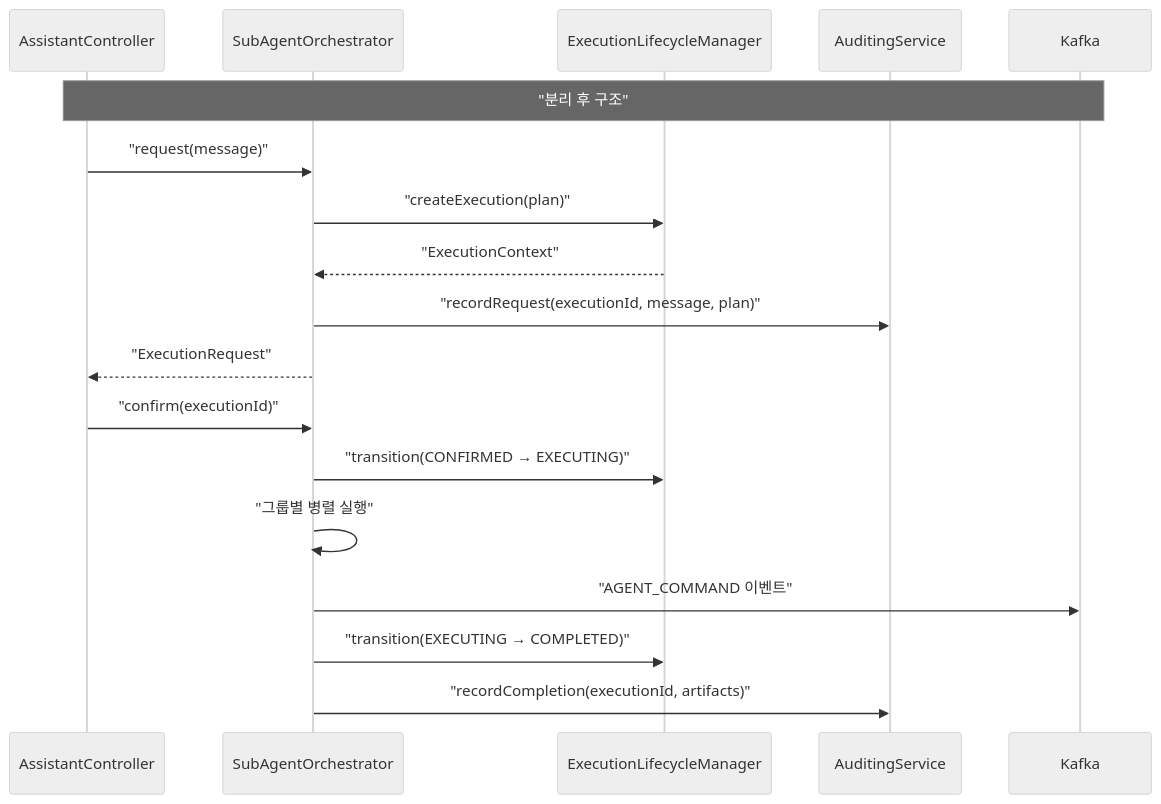
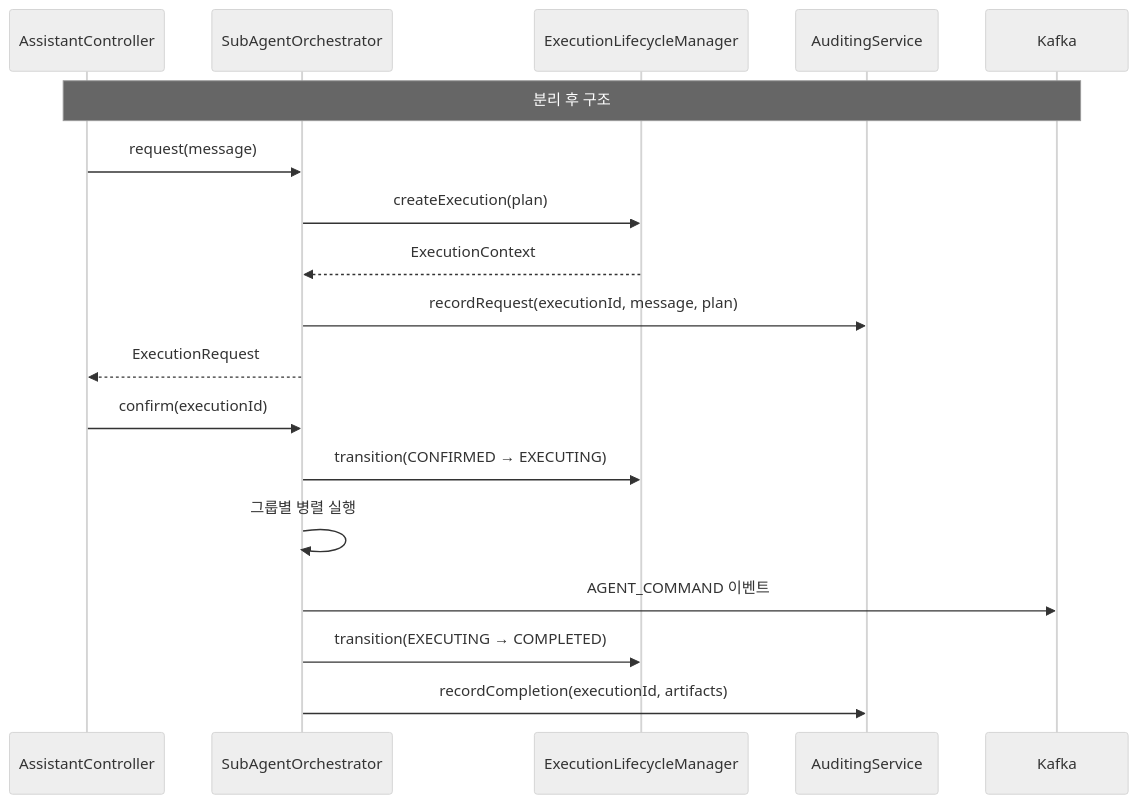
Before and after one commit to sayaya1090/handbook: the seventh of 13 diagrams in assistant/USECASE.md, drawn with Mermaid (neutral theme). The commit also changed other lines of this file and 58 other files, not shown here.

````diff
--- a/assistant/USECASE.md
+++ b/assistant/USECASE.md
@@ -243,22 +243,22 @@
 ```mermaid
 sequenceDiagram
     participant Ctrl as AssistantController
     participant Orch as SubAgentOrchestrator
     participant Life as ExecutionLifecycleManager
     participant Audit as AuditingService
     participant Kafka as Kafka
 
-    Note over Ctrl,Kafka: "분리 후 구조"
-    Ctrl->>Orch: "request(message)"
-    Orch->>Life: "createExecution(plan)"
-    Life-->>Orch: "ExecutionContext"
-    Orch->>Audit: "recordRequest(executionId, message, plan)"
-    Orch-->>Ctrl: "ExecutionRequest"
+    Note over Ctrl,Kafka: 분리 후 구조
+    Ctrl->>Orch: request(message)
+    Orch->>Life: createExecution(plan)
+    Life-->>Orch: ExecutionContext
+    Orch->>Audit: recordRequest(executionId, message, plan)
+    Orch-->>Ctrl: ExecutionRequest
 
-    Ctrl->>Orch: "confirm(executionId)"
-    Orch->>Life: "transition(CONFIRMED → EXECUTING)"
-    Orch->>Orch: "그룹별 병렬 실행"
-    Orch->>Kafka: "AGENT_COMMAND 이벤트"
-    Orch->>Life: "transition(EXECUTING → COMPLETED)"
-    Orch->>Audit: "recordCompletion(executionId, artifacts)"
+    Ctrl->>Orch: confirm(executionId)
+    Orch->>Life: transition(CONFIRMED → EXECUTING)
+    Orch->>Orch: 그룹별 병렬 실행
+    Orch->>Kafka: AGENT_COMMAND 이벤트
+    Orch->>Life: transition(EXECUTING → COMPLETED)
+    Orch->>Audit: recordCompletion(executionId, artifacts)
 ```
````
